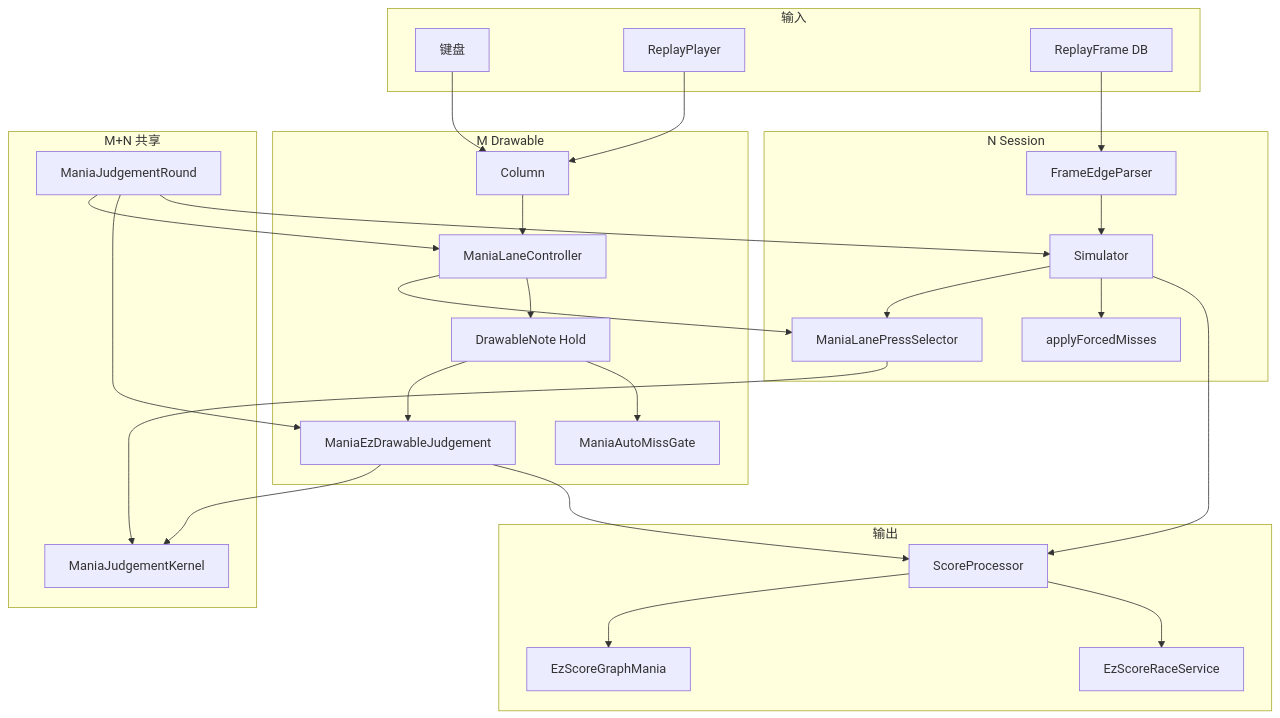
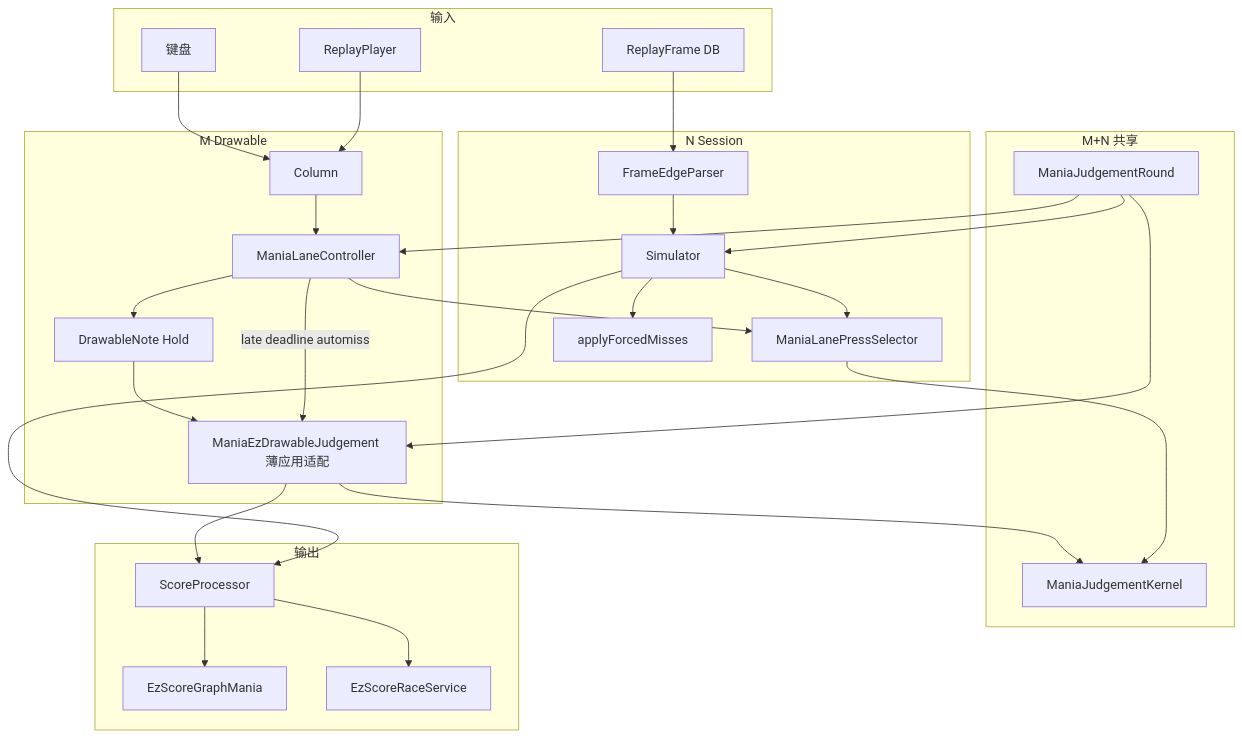
The second of 2 diagrams in osu.Game/EzOsuGame/Scoring/MANIA-JUDGEMENT-TOPOLOGY.md (zzzzv/osu), drawn with Mermaid before and after one commit. The commit also changed other lines of this file and 4 other files, not shown here.

````diff
--- a/osu.Game/EzOsuGame/Scoring/MANIA-JUDGEMENT-TOPOLOGY.md
+++ b/osu.Game/EzOsuGame/Scoring/MANIA-JUDGEMENT-TOPOLOGY.md
@@ -68,43 +72,42 @@
 ```mermaid
 flowchart TB
     subgraph inputs [输入]
         KB[键盘]
         RP[ReplayPlayer]
         DB[ReplayFrame DB]
     end
     subgraph M [M Drawable]
         Col[Column]
         MLC[ManiaLaneController]
         DHO[DrawableNote Hold]
-        MEJ[ManiaEzDrawableJudgement]
-        AMG[ManiaAutoMissGate]
+        MEJ[ManiaEzDrawableJudgement 薄应用适配]
     end
     subgraph N [N Session]
         Parse[FrameEdgeParser]
         Sim[Simulator]
         MLPS[ManiaLanePressSelector]
         FM[applyForcedMisses]
     end
     subgraph shared [M+N 共享]
         Round[ManiaJudgementRound]
         Kernel[ManiaJudgementKernel]
     end
     subgraph out [输出]
         SP[ScoreProcessor]
         Graph[EzScoreGraphMania]
         Race[EzScoreRaceService]
     end
     KB --> Col --> MLC --> MLPS
     MLC --> DHO --> MEJ --> Kernel
-    DHO --> AMG
+    MLC -->|late deadline automiss| MEJ
     RP --> Col
     DB --> Parse --> Sim --> MLPS --> Kernel
     Sim --> FM
     Round --> MLC
     Round --> MEJ
     Round --> Sim
     MEJ --> SP
     Sim --> SP
     SP --> Graph
     SP --> Race
 ```
````
